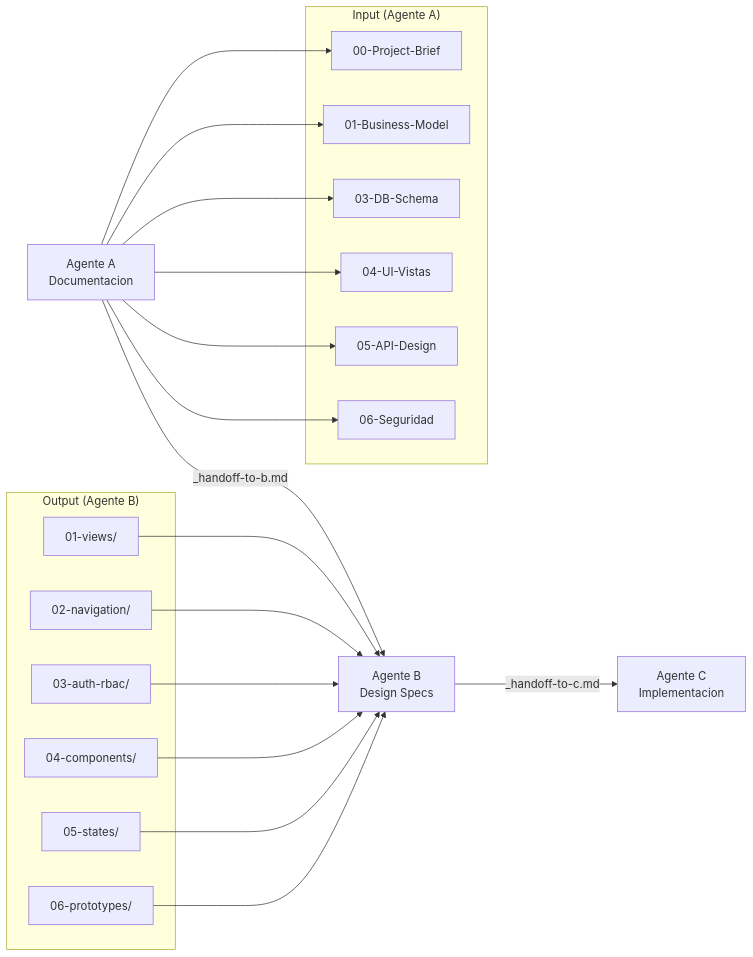
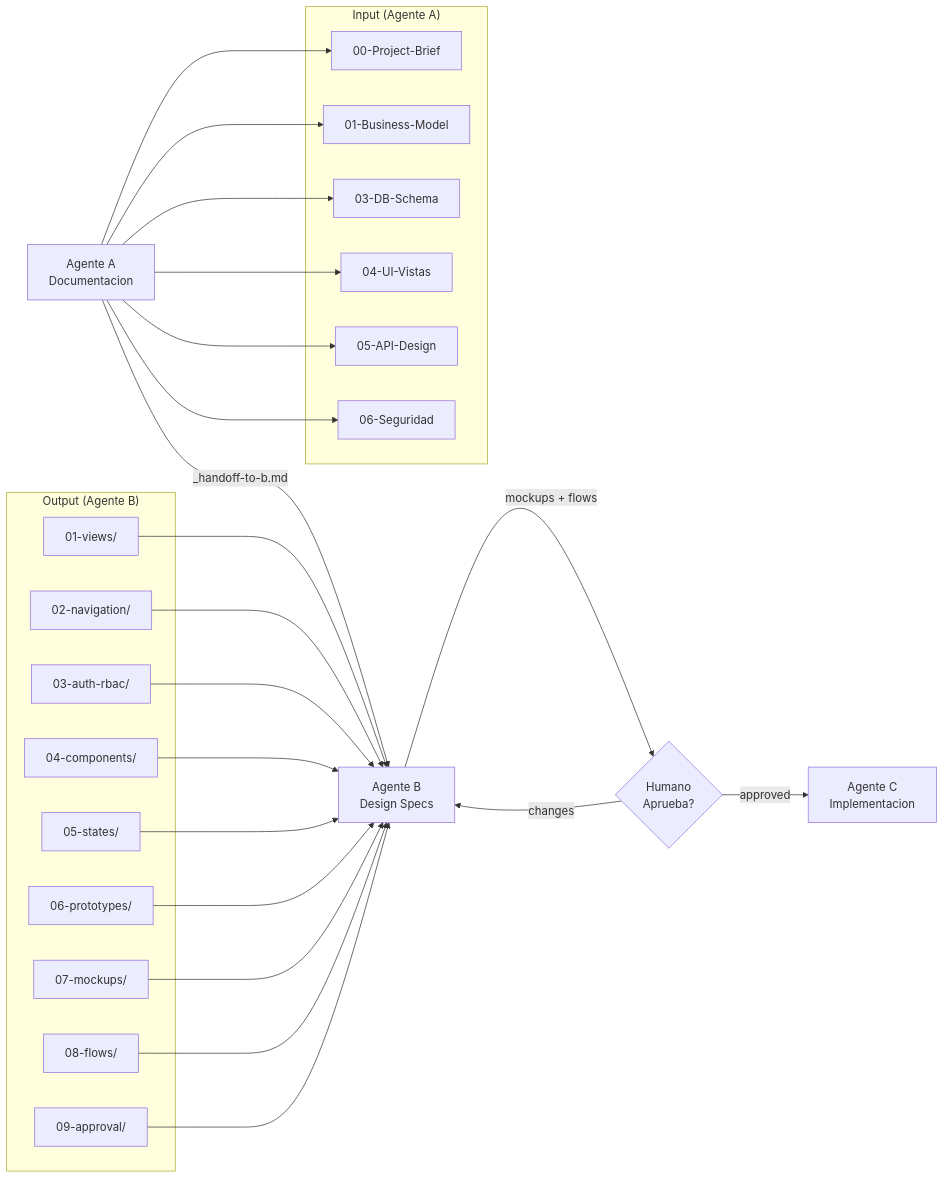
The diagram in agents-design/README.md (m4kubx/agents-doc), drawn with Mermaid before and after one commit. The commit also changed other lines of this file and 2 other files, not shown here.

First line of the commit message:
docs: fix README encoding to UTF-8 and sync docs with Agente B design loop

````diff
--- a/agents-design/README.md
+++ b/agents-design/README.md
@@ -260,26 +279,31 @@
 ```mermaid
 graph LR
     A[Agente A<br/>Documentacion] -->|_handoff-to-b.md| B[Agente B<br/>Design Specs]
-    B -->|_handoff-to-c.md| C[Agente C<br/>Implementacion]
+    B -->|mockups + flows| R{Humano<br/>Aprueba?}
+    R -->|approved| C[Agente C<br/>Implementacion]
+    R -->|changes| B
     
     subgraph "Input (Agente A)"
         A1[00-Project-Brief]
         A2[01-Business-Model]
         A3[03-DB-Schema]
         A4[04-UI-Vistas]
         A5[05-API-Design]
         A6[06-Seguridad]
     end
     
     subgraph "Output (Agente B)"
         B1[01-views/]
         B2[02-navigation/]
         B3[03-auth-rbac/]
         B4[04-components/]
         B5[05-states/]
         B6[06-prototypes/]
+        B7[07-mockups/]
+        B8[08-flows/]
+        B9[09-approval/]
     end
     
     A --> A1 & A2 & A3 & A4 & A5 & A6
-    B1 & B2 & B3 & B4 & B5 & B6 --> B
+    B1 & B2 & B3 & B4 & B5 & B6 & B7 & B8 & B9 --> B
 ```
````
